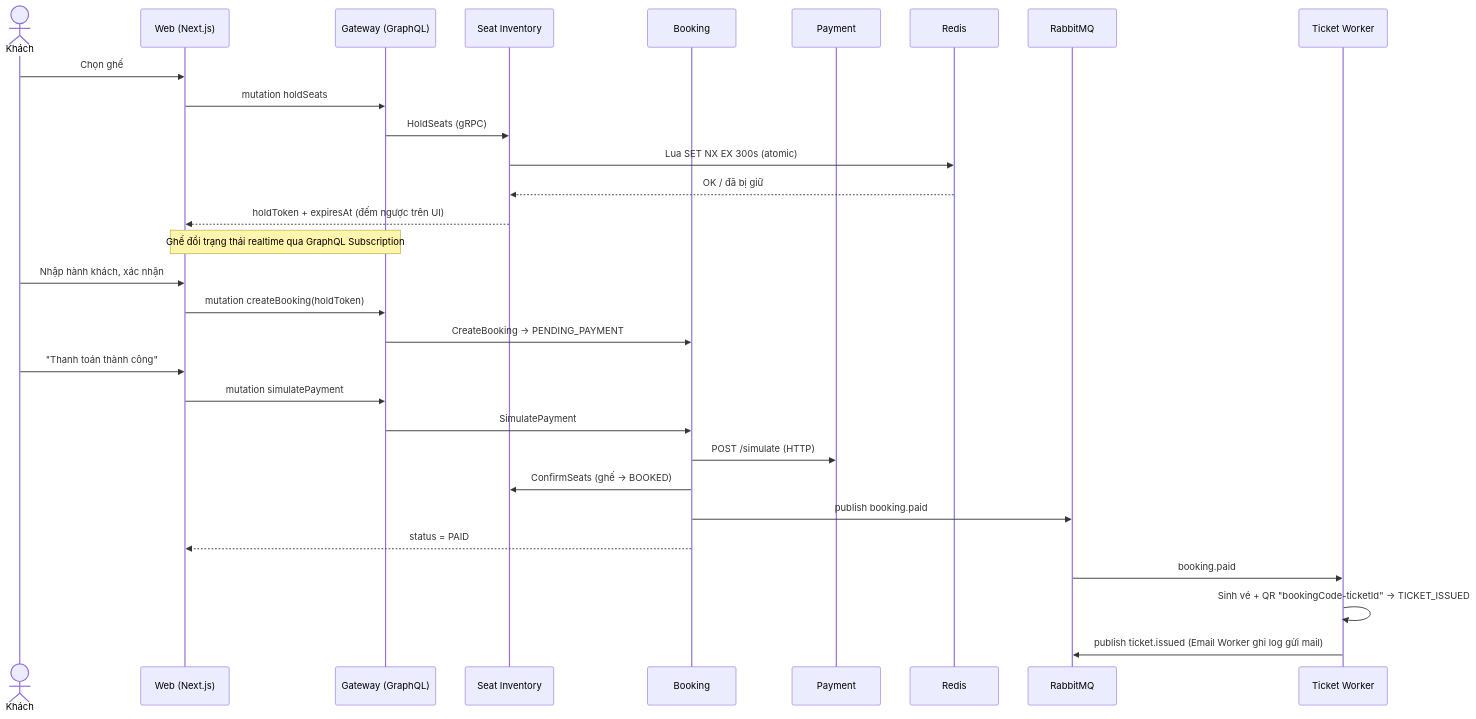
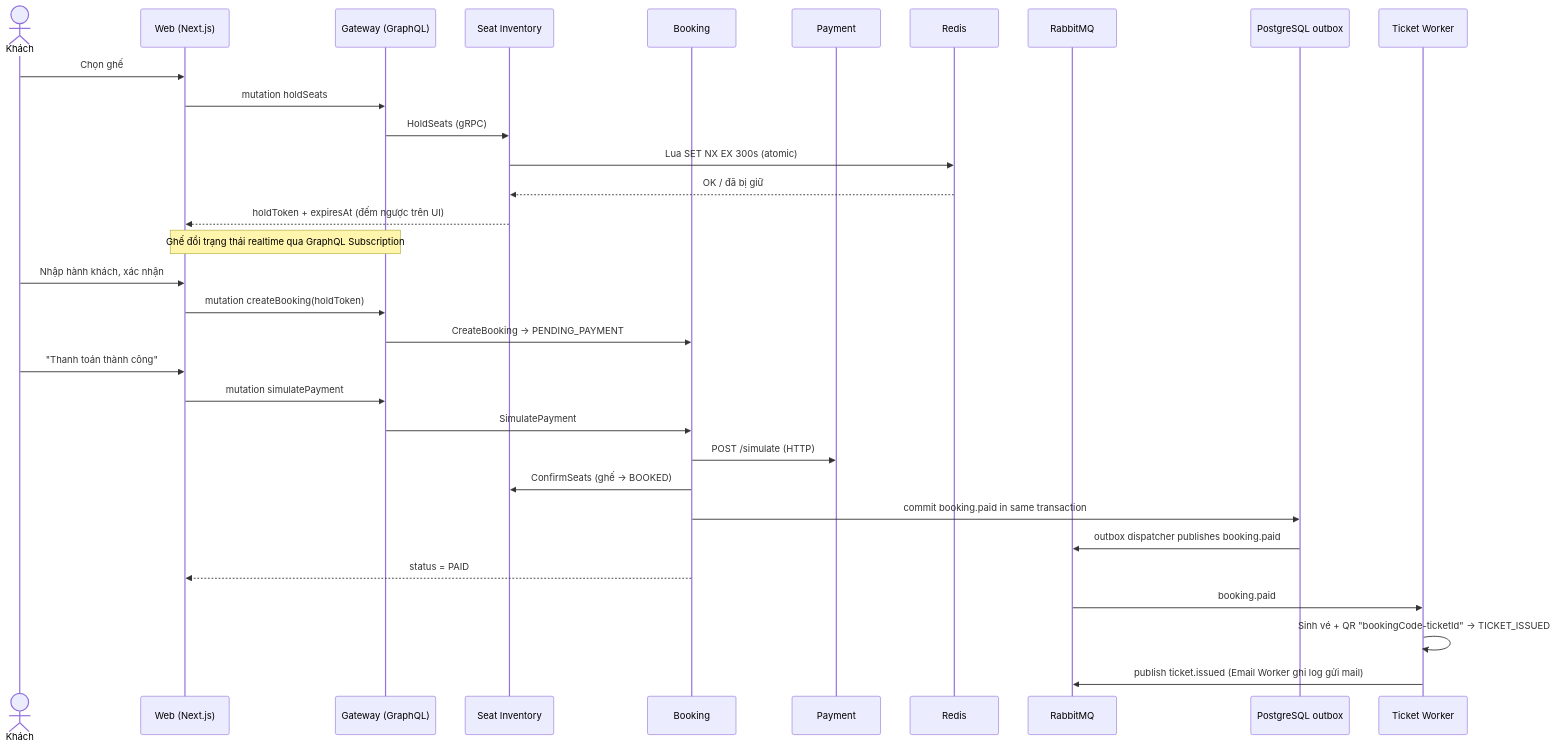
The second of 3 diagrams in docs/TEAM_OVERVIEW.md (bruce184/ai-bus-booking-system), drawn with Mermaid before and after one commit. The commit also changed other lines of this file and 6 other files, not shown here.

````diff
--- a/docs/TEAM_OVERVIEW.md
+++ b/docs/TEAM_OVERVIEW.md
@@ -61,35 +61,37 @@
 ```mermaid
 sequenceDiagram
   actor U as Khách
   participant W as Web (Next.js)
   participant G as Gateway (GraphQL)
   participant S as Seat Inventory
   participant B as Booking
   participant P as Payment
   participant R as Redis
   participant MQ as RabbitMQ
+  participant O as PostgreSQL outbox
   participant T as Ticket Worker
 
   U->>W: Chọn ghế
   W->>G: mutation holdSeats
   G->>S: HoldSeats (gRPC)
   S->>R: Lua SET NX EX 300s (atomic)
   R-->>S: OK / đã bị giữ
   S-->>W: holdToken + expiresAt (đếm ngược trên UI)
   Note over W,G: Ghế đổi trạng thái realtime qua GraphQL Subscription
 
   U->>W: Nhập hành khách, xác nhận
   W->>G: mutation createBooking(holdToken)
   G->>B: CreateBooking → PENDING_PAYMENT
 
   U->>W: "Thanh toán thành công"
   W->>G: mutation simulatePayment
   G->>B: SimulatePayment
   B->>P: POST /simulate (HTTP)
   B->>S: ConfirmSeats (ghế → BOOKED)
-  B->>MQ: publish booking.paid
+  B->>O: commit booking.paid in same transaction
+  O->>MQ: outbox dispatcher publishes booking.paid
   B-->>W: status = PAID
   MQ->>T: booking.paid
   T->>T: Sinh vé + QR "bookingCode-ticketId" → TICKET_ISSUED
   T->>MQ: publish ticket.issued (Email Worker ghi log gửi mail)
 ```
````
